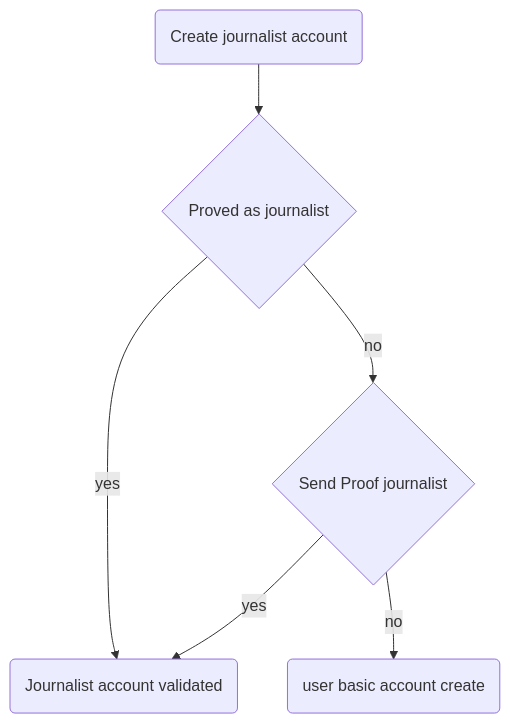
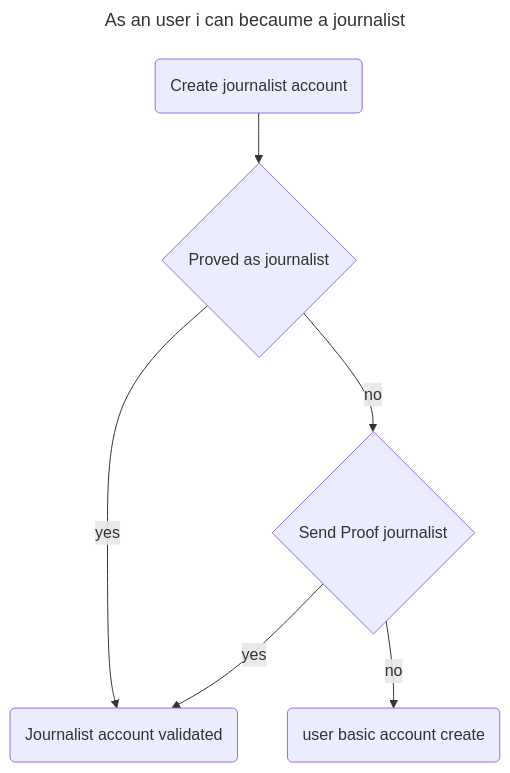
The fourth of 8 diagrams in doc/featuresDiagrams.md (charlyol/ECommerce-SCHA), drawn with Mermaid before and after one commit. The commit also changed other lines of this file, not shown here.

Commit message:
features Diagrams fixed

````diff
--- a/doc/featuresDiagrams.md
+++ b/doc/featuresDiagrams.md
@@ -67,15 +72,18 @@
 ```mermaid
+---
+title : As an user i can becaume a journalist
+---
 flowchart TB
 
 CRE(Create journalist account)
 USA(user basic account create)
 PAJ{Proved as journalist}
 SPP{Send Proof journalist}
 JAV(Journalist account validated)
 
 CRE  --> PAJ
 PAJ -- yes --> JAV
 PAJ -- no -->  SPP
 SPP -- yes --> JAV
 SPP -- no --> USA
 ```
````
